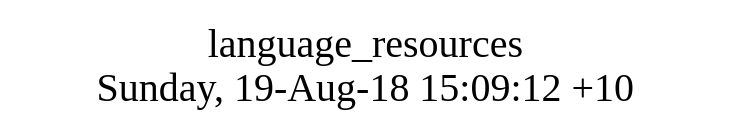
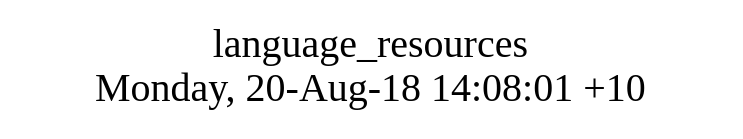
Before and after one commit to AplaProject/apps: the diagram in src/language_resources/struct.dot, drawn with Graphviz. The commit also changed 14 other files, not shown here.

```diff
--- a/src/language_resources/struct.dot
+++ b/src/language_resources/struct.dot
@@ -1,8 +1,8 @@
 digraph G {
 fontsize="24";
-label="language_resources\nSunday, 19-Aug-18 15:09:12 +10";
+label="language_resources\nMonday, 20-Aug-18 14:08:01 +10";
 nojustify=true;
 ordering=out;
 rankdir=LR;
 size="30";
 }
```
